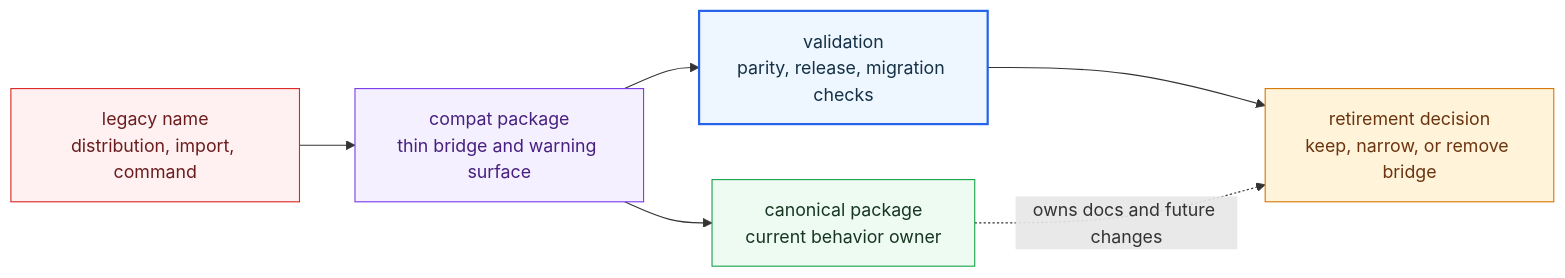
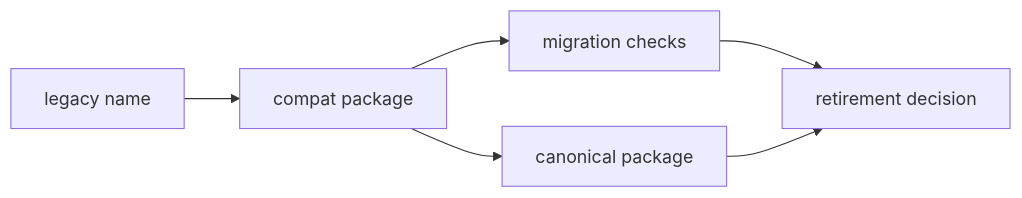
The diagram in docs/08-compat-packages/index.md (bijux/bijux-canon), drawn with Mermaid before and after one commit. The commit also changed other lines of this file, not shown here.

Commit message:
docs(compat): simplify migration bridge map

````diff
--- a/docs/08-compat-packages/index.md
+++ b/docs/08-compat-packages/index.md
@@ -27,23 +27,12 @@
 ```mermaid
 flowchart LR
-    legacy["legacy name<br/>distribution, import, command"]
-    bridge["compat package<br/>thin bridge and warning surface"]
-    canonical["canonical package<br/>current behavior owner"]
-    validation["validation<br/>parity, release, migration checks"]
-    retire["retirement decision<br/>keep, narrow, or remove bridge"]
+    legacy["legacy name"]
+    bridge["compat package"]
+    canonical["canonical package"]
+    validation["migration checks"]
+    retire["retirement decision"]
 
     legacy --> bridge --> canonical
     bridge --> validation --> retire
-    canonical -. owns docs and future changes .-> retire
-
-    classDef page fill:#eef6ff,stroke:#2563eb,color:#153145,stroke-width:2px;
-    classDef positive fill:#eefbf3,stroke:#16a34a,color:#173622;
-    classDef caution fill:#fff1f2,stroke:#dc2626,color:#6b1d1d;
-    classDef anchor fill:#f4f0ff,stroke:#7c3aed,color:#47207f;
-    classDef action fill:#fff4da,stroke:#d97706,color:#6b3410;
-    class legacy caution;
-    class bridge anchor;
-    class canonical positive;
-    class validation page;
-    class retire action;
+    canonical --> retire
 ```
````
